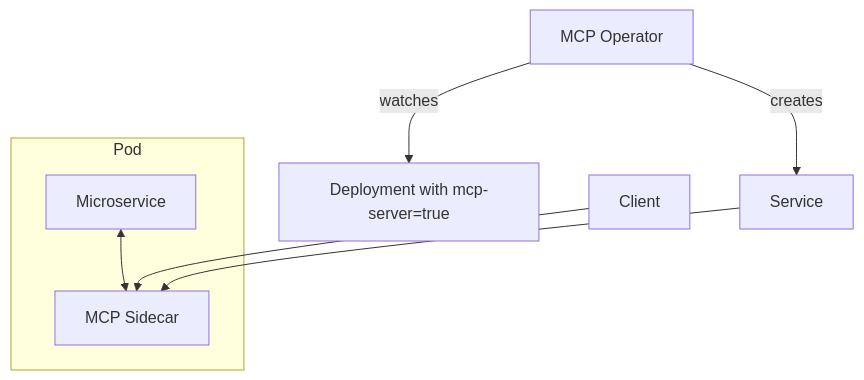
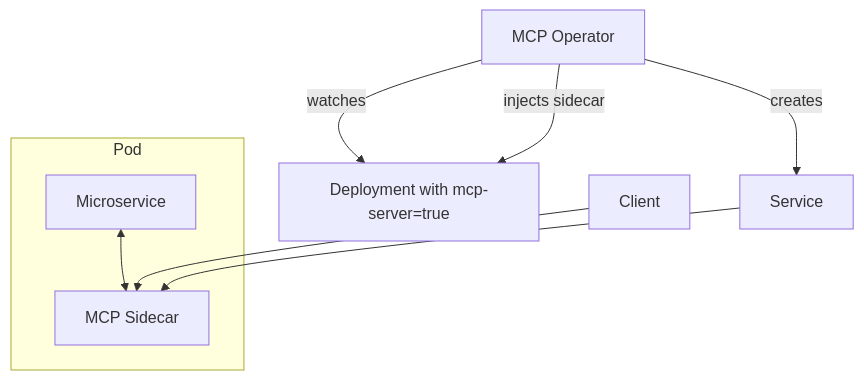
Before and after one commit to phang98/kube-mcp-operator: the diagram in README.md, drawn with Mermaid. The commit also changed other lines of this file and 3 other files, not shown here.

Commit message:
docs: show sidecar injection in architecture diagram

````diff
--- a/README.md
+++ b/README.md
@@ -14,12 +14,13 @@
 ```mermaid
 graph TD
     subgraph Pod
         App[Microservice]
         Sidecar[MCP Sidecar]
         App <--> Sidecar
     end
     Client --> Sidecar
     Operator[MCP Operator] -- watches --> Deployment["Deployment with mcp-server=true"]
+    Operator -- injects sidecar --> Deployment
     Operator -- creates --> Service
     Service --> Sidecar
 ```
````
